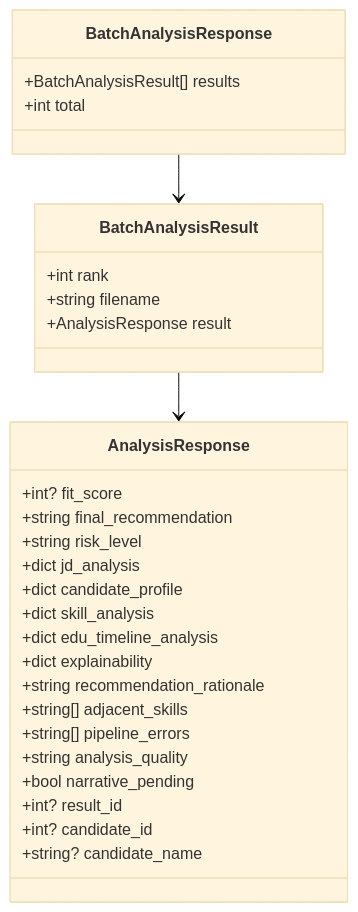
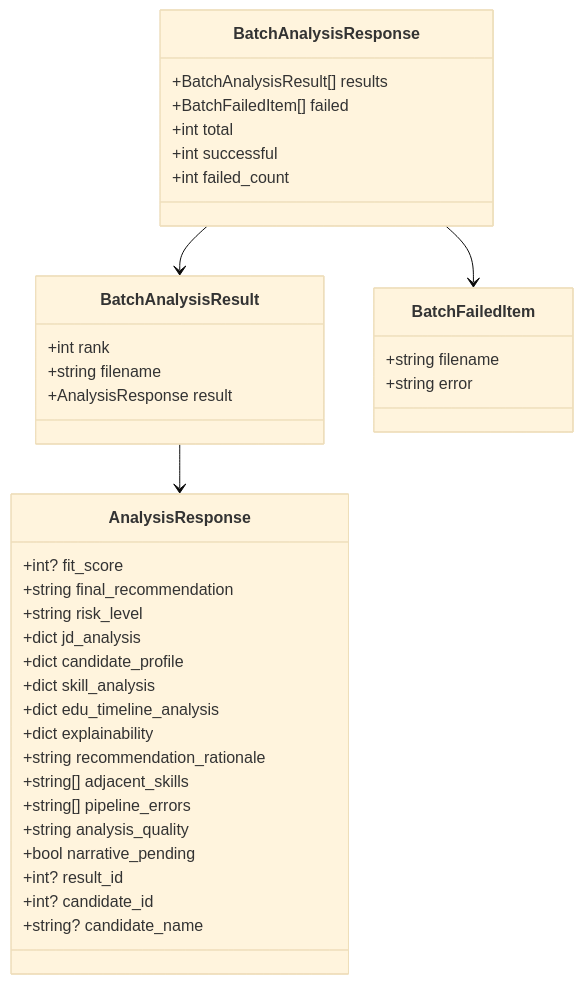
The third of 3 diagrams in .qoder/repowiki/en/content/API Reference/Analysis Endpoints/Batch Analysis.md (Revanththetalogics/aireume), drawn with Mermaid (base theme) before and after one commit. The commit also changed other lines of this file and 20 other files, not shown here.

````diff
--- a/.qoder/repowiki/en/content/API Reference/Analysis Endpoints/Batch Analysis.md
+++ b/.qoder/repowiki/en/content/API Reference/Analysis Endpoints/Batch Analysis.md
@@ -251,32 +279,40 @@
 ```mermaid
 classDiagram
 class BatchAnalysisResponse {
 +BatchAnalysisResult[] results
++BatchFailedItem[] failed
 +int total
++int successful
++int failed_count
 }
 class BatchAnalysisResult {
 +int rank
 +string filename
 +AnalysisResponse result
+}
+class BatchFailedItem {
++string filename
++string error
 }
 class AnalysisResponse {
 +int? fit_score
 +string final_recommendation
 +string risk_level
 +dict jd_analysis
 +dict candidate_profile
 +dict skill_analysis
 +dict edu_timeline_analysis
 +dict explainability
 +string recommendation_rationale
 +string[] adjacent_skills
 +string[] pipeline_errors
 +string analysis_quality
 +bool narrative_pending
 +int? result_id
 +int? candidate_id
 +string? candidate_name
 }
 BatchAnalysisResponse --> BatchAnalysisResult
+BatchAnalysisResponse --> BatchFailedItem
 BatchAnalysisResult --> AnalysisResponse
 ```
````
